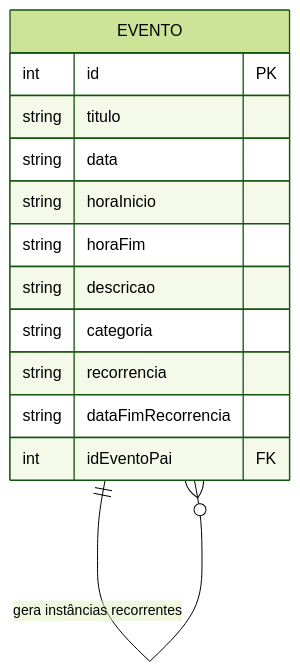
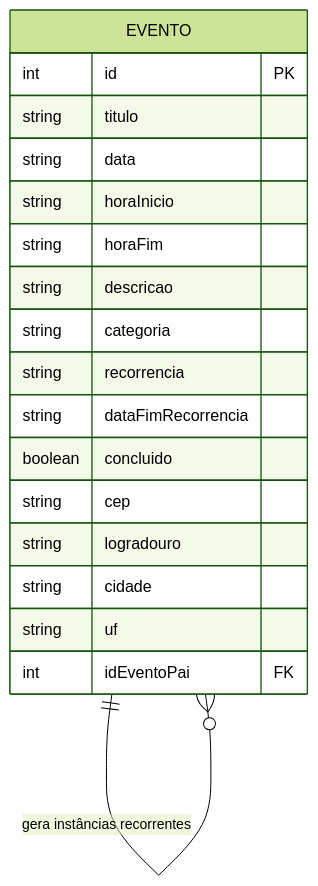
One commit to Vinicius-L-Franca/my-calendar changed the diagram in docs/architecture.md. Above: the diagram before and after it, drawn with Mermaid (forest theme). The commit also changed other lines of this file and 2 other files, not shown here.

````diff
--- a/docs/architecture.md
+++ b/docs/architecture.md
@@ -122,17 +128,22 @@
 ```mermaid
 erDiagram
     EVENTO {
         int id PK
         string titulo
         string data
         string horaInicio
         string horaFim
         string descricao
         string categoria
         string recorrencia
         string dataFimRecorrencia
+        boolean concluido
+        string cep
+        string logradouro
+        string cidade
+        string uf
         int idEventoPai FK
     }
 
     EVENTO ||--o{ EVENTO : "gera instâncias recorrentes"
 ```
````
